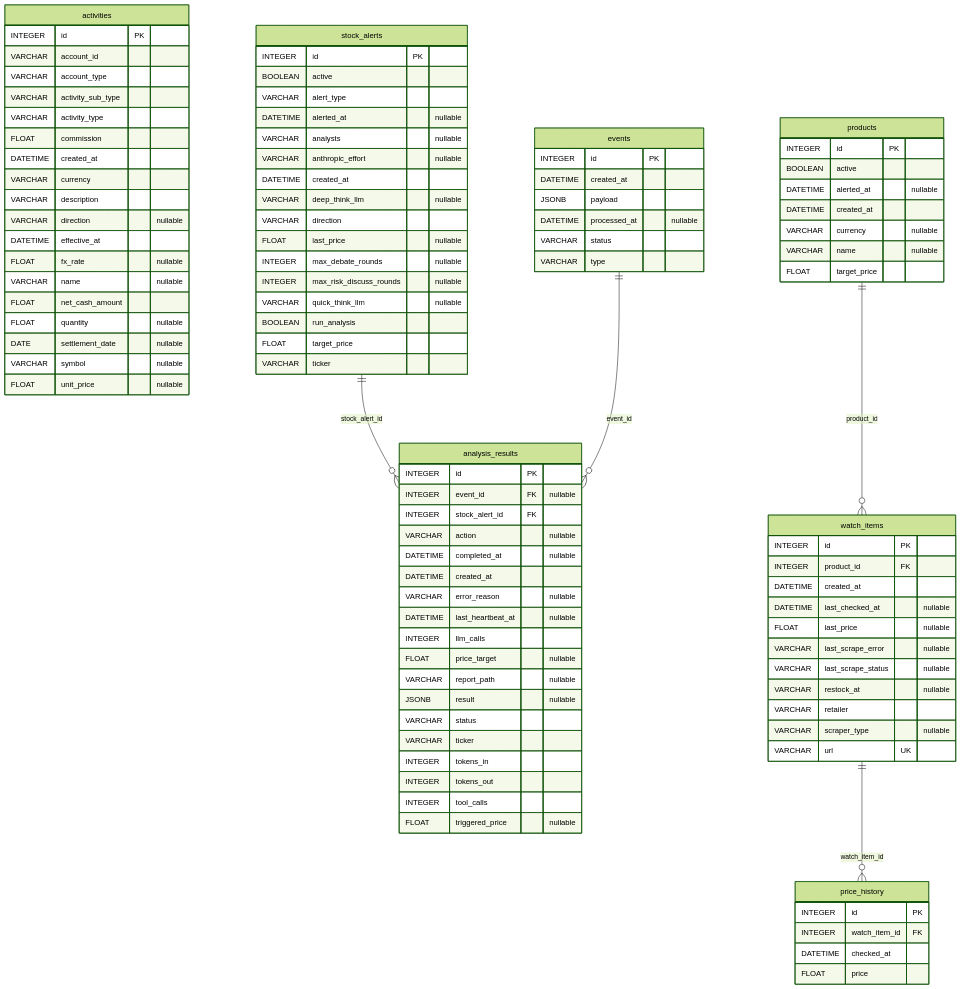
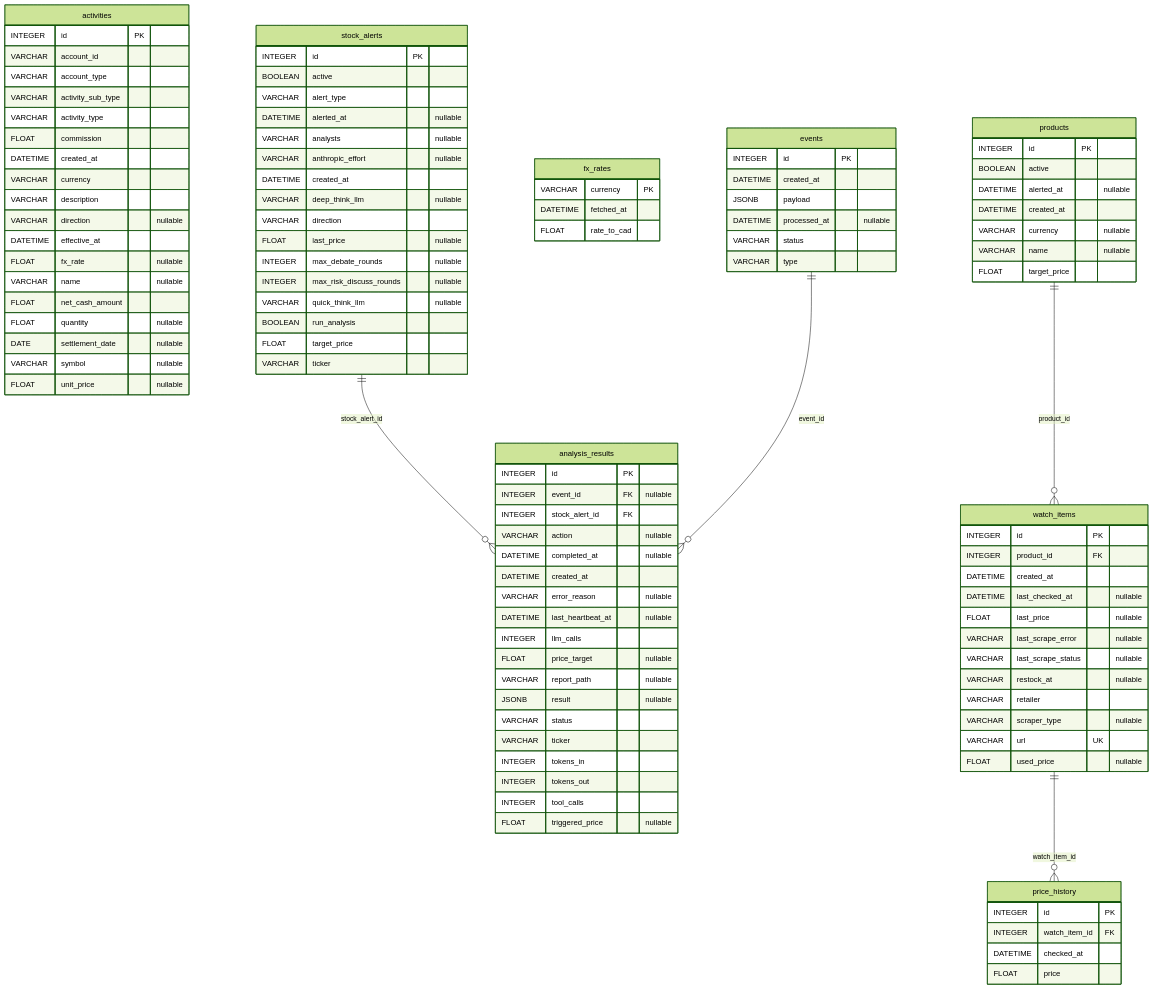
The diagram in .doc/database.md (kiyoundev/youn-server), drawn with Mermaid (forest theme) before and after one commit. The commit also changed other lines of this file, not shown here.

```diff
--- a/.doc/database.md
+++ b/.doc/database.md
@@ -58,6 +58,12 @@
     VARCHAR type
   }
 
+  fx_rates {
+    VARCHAR currency PK
+    DATETIME fetched_at
+    FLOAT rate_to_cad
+  }
+
   price_history {
     INTEGER id PK
     INTEGER watch_item_id FK
@@ -106,6 +112,7 @@
     VARCHAR retailer
     VARCHAR scraper_type "nullable"
     VARCHAR url UK
+    FLOAT used_price "nullable"
   }
 
   stock_alerts ||--o{ analysis_results : stock_alert_id
```
